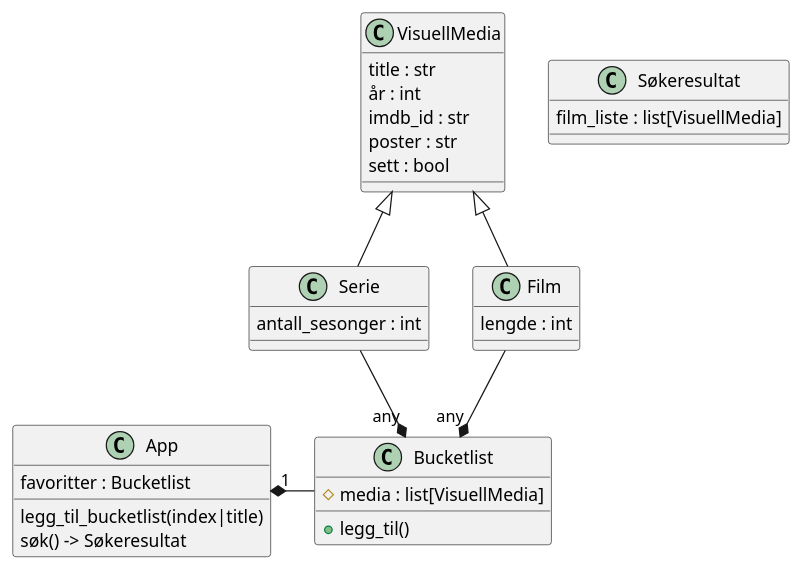
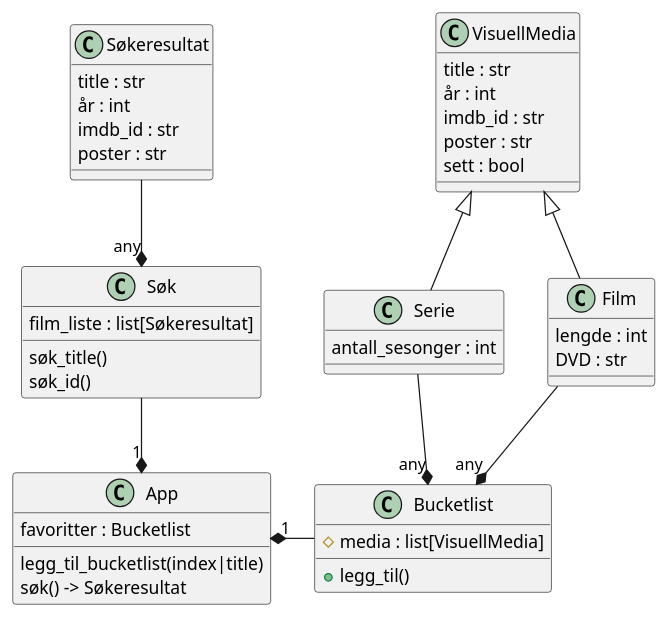
The diagram in IT2 kap 4/Argsflix bucket list/klassediagram.plantuml (ThatG0y/Skole-innleveringer), drawn with PlantUML before and after one commit. The commit also changed 10 other files, not shown here.

```diff
--- a/IT2 kap 4/Argsflix bucket list/klassediagram.plantuml
+++ b/IT2 kap 4/Argsflix bucket list/klassediagram.plantuml
@@ -1,36 +1,48 @@
 @startuml Argsflix
 class App{
     favoritter : Bucketlist
     legg_til_bucketlist(index|title)
     søk() -> Søkeresultat
 }
 class VisuellMedia{
     title : str
     år : int
     imdb_id : str
     poster : str
     sett : bool
 }
 
 class Film{
     lengde : int
+    DVD : str
 }
 
 class Serie{
     antall_sesonger : int
 }
 class Bucketlist{
     #media : list[VisuellMedia]
     +legg_til()
 }
 
 class Søkeresultat{
-    film_liste : list[VisuellMedia]
+    title : str
+    år : int
+    imdb_id : str
+    poster : str
+}
+
+class Søk{
+    film_liste : list[Søkeresultat]
+    søk_title()
+    søk_id()
 }
 
 VisuellMedia <|-down- Film
 VisuellMedia <|-down- Serie
 Bucketlist "any" *-up- Film
 Bucketlist "any" *-up- Serie
+App "1" *-up- Søk
+Søk "any" *-up- Søkeresultat
 App "1" *-right- Bucketlist
 @enduml
```
